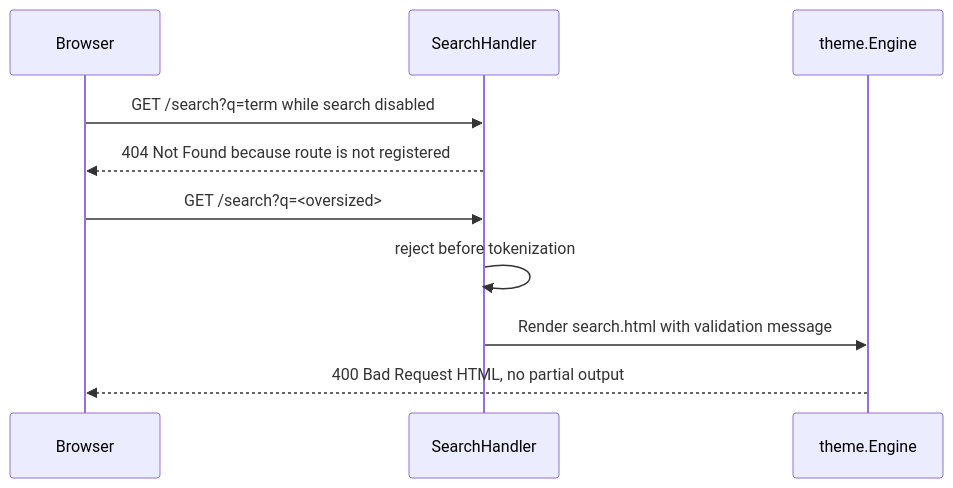
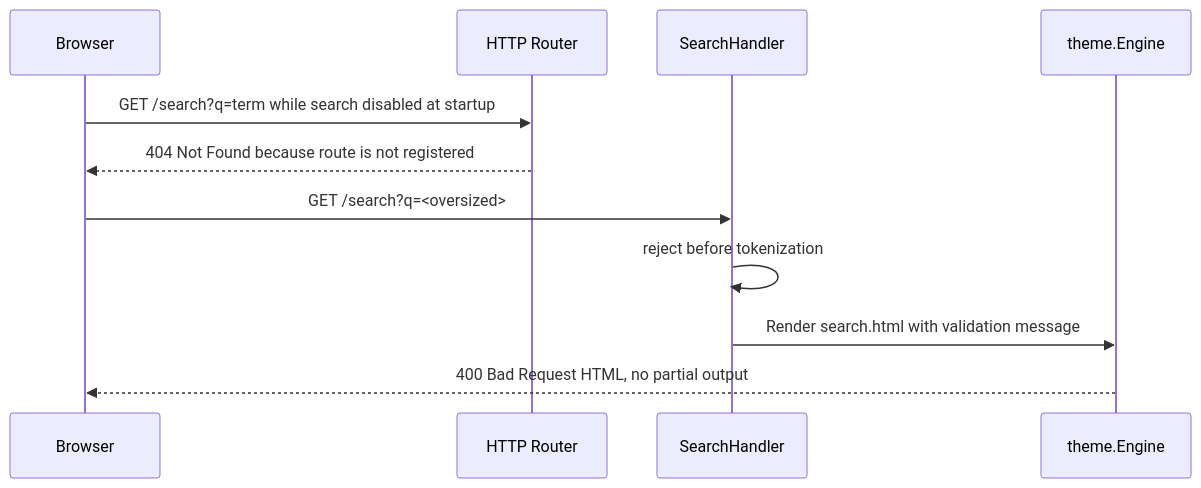
The third of 4 diagrams in docs/engineering/design/001-full-text-search.md (khaines/blogflow), drawn with Mermaid before and after one commit. The commit also changed other lines of this file, not shown here.

Commit message:
docs(design): harden full-text-search spec per review (#129)

````diff
--- a/docs/engineering/design/001-full-text-search.md
+++ b/docs/engineering/design/001-full-text-search.md
@@ -115,14 +125,15 @@
 ```mermaid
 sequenceDiagram
     participant Client as Browser
+    participant Router as HTTP Router
     participant Handler as SearchHandler
     participant Theme as theme.Engine
 
-    Client->>Handler: GET /search?q=term while search disabled
-    Handler-->>Client: 404 Not Found because route is not registered
+    Client->>Router: GET /search?q=term while search disabled at startup
+    Router-->>Client: 404 Not Found because route is not registered
 
     Client->>Handler: GET /search?q=<oversized>
     Handler->>Handler: reject before tokenization
     Handler->>Theme: Render search.html with validation message
     Theme-->>Client: 400 Bad Request HTML, no partial output
 ```
````
